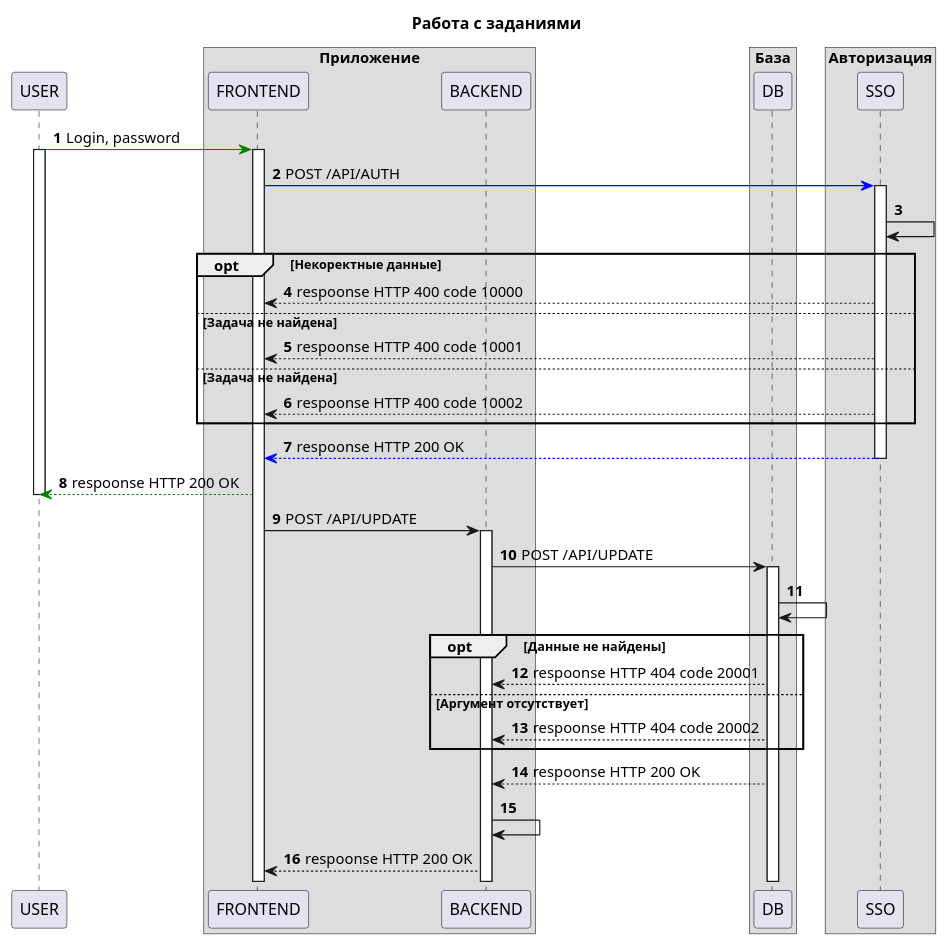
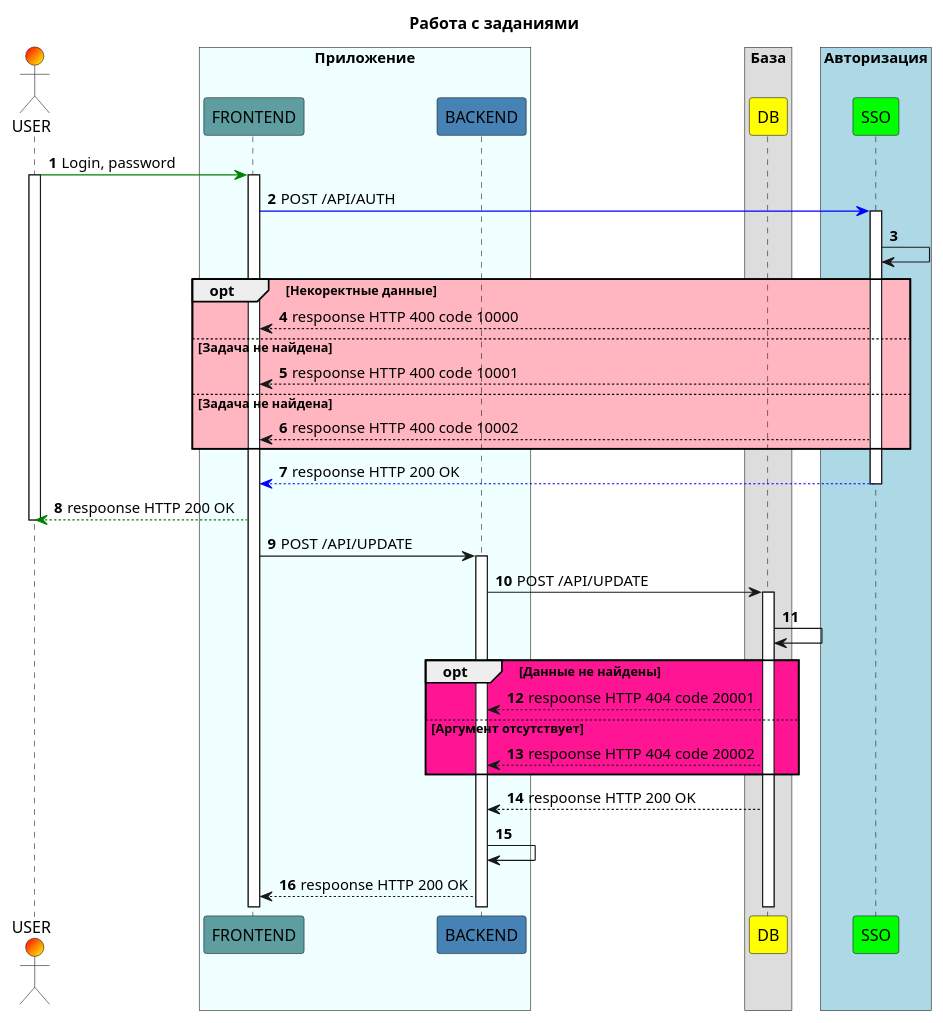
The diagram in sequence_uml_01.wsd (skytorin/UML), drawn with PlantUML before and after one commit. The commit also changed 1 other file, not shown here.

```diff
--- a/sequence_uml_01.wsd
+++ b/sequence_uml_01.wsd
@@ -1,45 +1,57 @@
-@startuml Test
+@startuml sequence_uml_01
+
 title: Работа с заданиями
+
 autonumber
-participant USER
-box "Приложение"
-participant FRONTEND
-participant BACKEND
+
+actor USER #Red/Yellow
+
+box "Приложение" #azure
+    participant FRONTEND #CadetBlue
+    participant BACKEND  #SteelBlue
 end box
+
 box "База"
-participant DB 
+    participant DB #yellow
 end box
-box "Авторизация"
-participant SSO
+
+box "Авторизация" #LightBlue
+    participant SSO #lime
 end box
+
 USER [#green]-> FRONTEND: Login, password
 activate USER
 activate FRONTEND
 FRONTEND [#blue]-> SSO: POST /API/AUTH
 activate SSO
 SSO -> SSO
-opt Некоректные данные
-SSO --> FRONTEND: respoonse HTTP 400 code 10000
-else Задача не найдена
-SSO --> FRONTEND: respoonse HTTP 400 code 10001
-else Задача не найдена
-SSO --> FRONTEND: respoonse HTTP 400 code 10002
+
+opt #LightPink Некоректные данные 
+    SSO --> FRONTEND: respoonse HTTP 400 code 10000
+    else Задача не найдена
+    SSO --> FRONTEND: respoonse HTTP 400 code 10001
+    else Задача не найдена
+    SSO --> FRONTEND: respoonse HTTP 400 code 10002
 end
+
 SSO [#blue]--> FRONTEND: respoonse HTTP 200 OK
 deactivate SSO
 FRONTEND [#green]--> USER: respoonse HTTP 200 OK
 deactivate USER
 FRONTEND -> BACKEND: POST /API/UPDATE
 activate BACKEND
 BACKEND -> DB: POST /API/UPDATE
 activate DB
 DB -> DB
-opt Данные не найдены
-DB --> BACKEND:respoonse HTTP 404 code 20001
-else Аргумент отсутствует
-DB --> BACKEND:respoonse HTTP 404 code 20002
+
+opt #DeepPink Данные не найдены
+    DB --> BACKEND:respoonse HTTP 404 code 20001
+    else Аргумент отсутствует
+    DB --> BACKEND:respoonse HTTP 404 code 20002
 end
+
 DB --> BACKEND:respoonse HTTP 200 OK
 BACKEND -> BACKEND
 BACKEND --> FRONTEND:respoonse HTTP 200 OK
+
 @enduml
```
